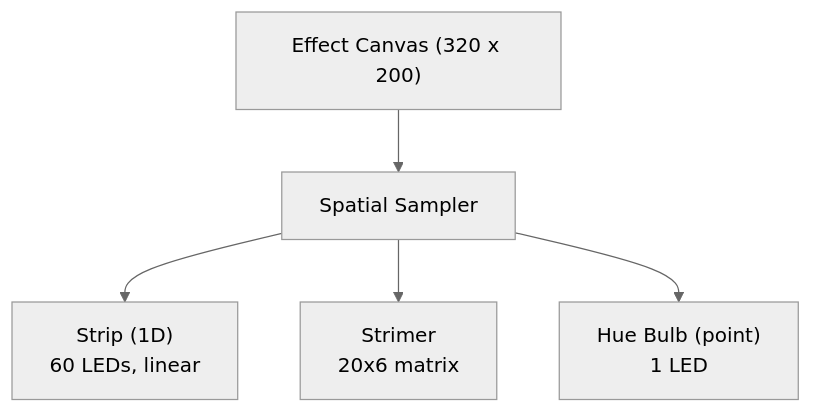
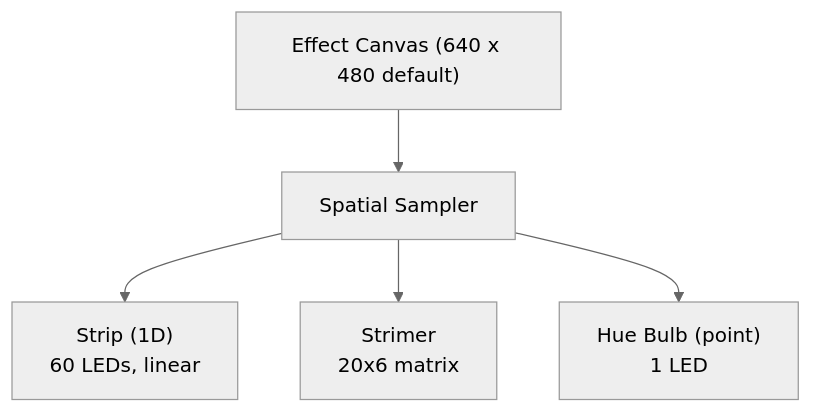
The diagram in docs/design/03-spatial-layout.md (hyperb1iss/hypercolor), drawn with Mermaid (neutral theme) before and after one commit. The commit also changed other lines of this file and 40 other files, not shown here.

````diff
--- a/docs/design/03-spatial-layout.md
+++ b/docs/design/03-spatial-layout.md
@@ -37,13 +38,13 @@
 ```mermaid
 graph TD
-    Canvas["Effect Canvas (320 x 200)"]
+    Canvas["Effect Canvas (640 x 480 default)"]
     Sampler["Spatial Sampler"]
     Strip["Strip (1D)<br/>60 LEDs, linear"]
     Strimer["Strimer<br/>20x6 matrix"]
     HueBulb["Hue Bulb (point)<br/>1 LED"]
 
     Canvas --> Sampler
     Sampler --> Strip
     Sampler --> Strimer
     Sampler --> HueBulb
 ```
````
